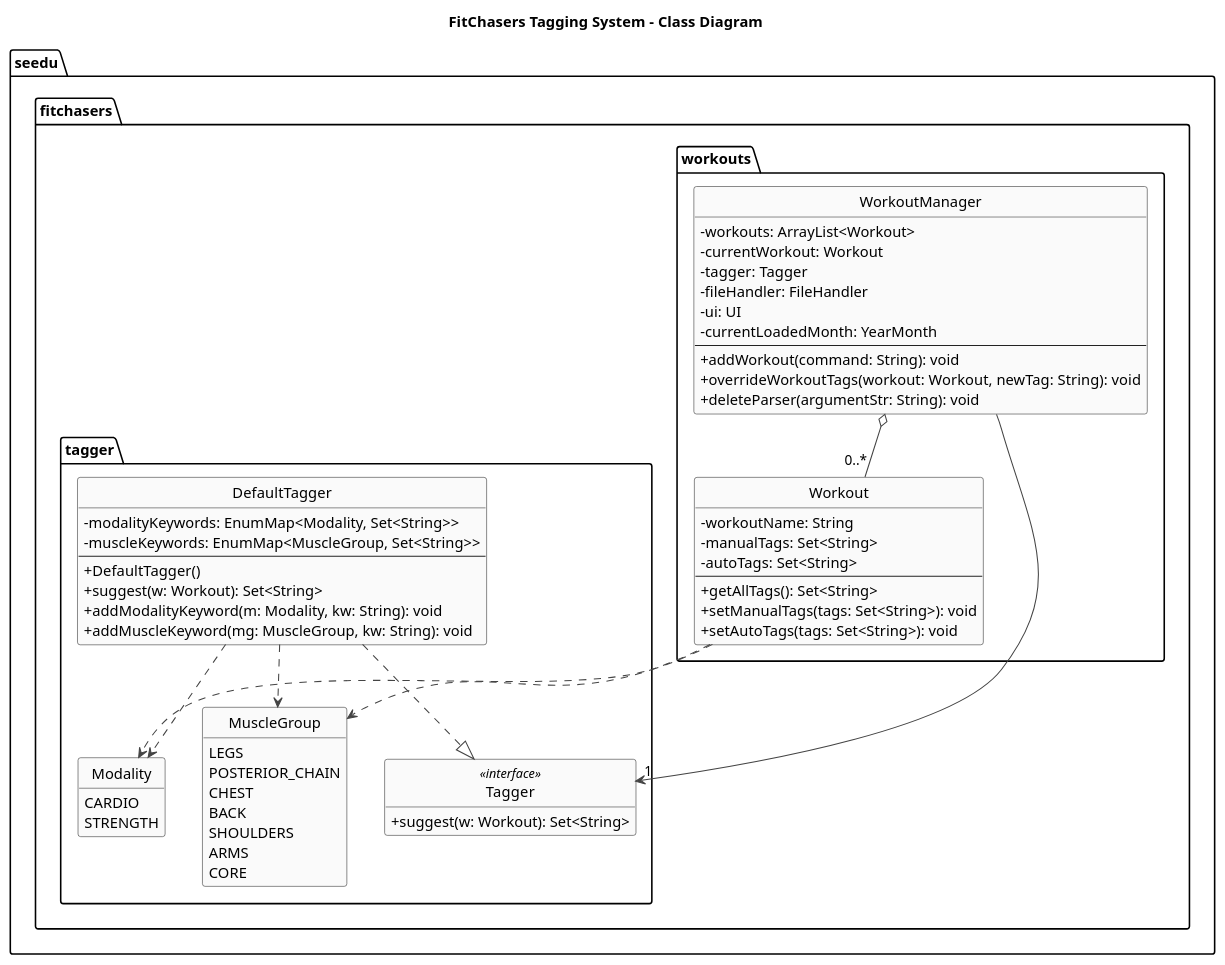
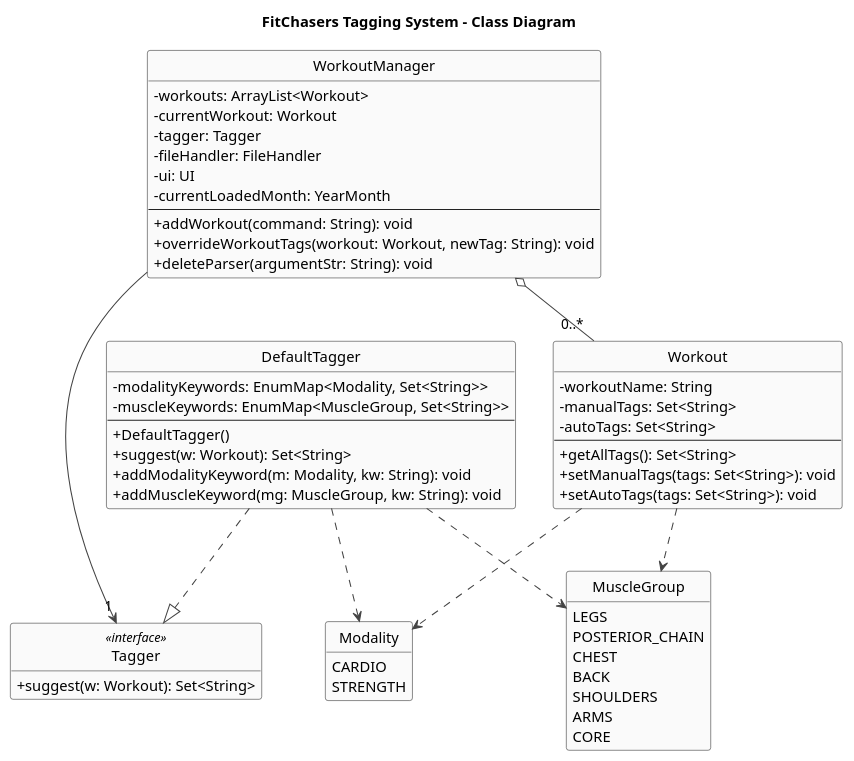
The diagram in docs/diagrams/Class_Diagram_for_tagging.puml (Exceptional-Khoi/tp), drawn with PlantUML before and after one commit. The commit also changed other lines of this file and 15 other files, not shown here.

```diff
--- a/docs/diagrams/Class_Diagram_for_tagging.puml
+++ b/docs/diagrams/Class_Diagram_for_tagging.puml
@@ -2,86 +1,83 @@
 @startuml
 title FitChasers Tagging System - Class Diagram
 
 skinparam shadowing false
 skinparam classAttributeIconSize 0
 skinparam ArrowColor #444
 skinparam ClassBorderColor #222
 skinparam ClassBackgroundColor #FAFAFA
 
 hide empty members
 hide circle
 
 ' ==========================
 ' PACKAGES
 ' ==========================
 
-package "seedu.fitchasers.workouts" {
   class WorkoutManager {
     -workouts: ArrayList<Workout>
     -currentWorkout: Workout
     -tagger: Tagger
     -fileHandler: FileHandler
     -ui: UI
     -currentLoadedMonth: YearMonth
     --
     +addWorkout(command: String): void
     +overrideWorkoutTags(workout: Workout, newTag: String): void
     +deleteParser(argumentStr: String): void
   }
 
   class Workout {
     -workoutName: String
     -manualTags: Set<String>
     -autoTags: Set<String>
     --
     +getAllTags(): Set<String>
     +setManualTags(tags: Set<String>): void
     +setAutoTags(tags: Set<String>): void
   }
 
-package "seedu.fitchasers.tagger" {
   class Tagger <<interface>> {
     +suggest(w: Workout): Set<String>
   }
 
   class DefaultTagger {
     -modalityKeywords: EnumMap<Modality, Set<String>>
     -muscleKeywords: EnumMap<MuscleGroup, Set<String>>
     --
     +DefaultTagger()
     +suggest(w: Workout): Set<String>
     +addModalityKeyword(m: Modality, kw: String): void
     +addMuscleKeyword(mg: MuscleGroup, kw: String): void
   }
 
   enum Modality {
     CARDIO
     STRENGTH
   }
 
   enum MuscleGroup {
     LEGS
     POSTERIOR_CHAIN
     CHEST
     BACK
     SHOULDERS
     ARMS
     CORE
   }
-}
 
 ' ==========================
 ' RELATIONSHIPS
 ' ==========================
 
 WorkoutManager o-- "0..*" Workout
 WorkoutManager --> "1" Tagger
 
 DefaultTagger ..|> Tagger
 
 Workout ..> Modality
 Workout ..> MuscleGroup
 DefaultTagger ..> Modality
 DefaultTagger ..> MuscleGroup
 
 @enduml
```
